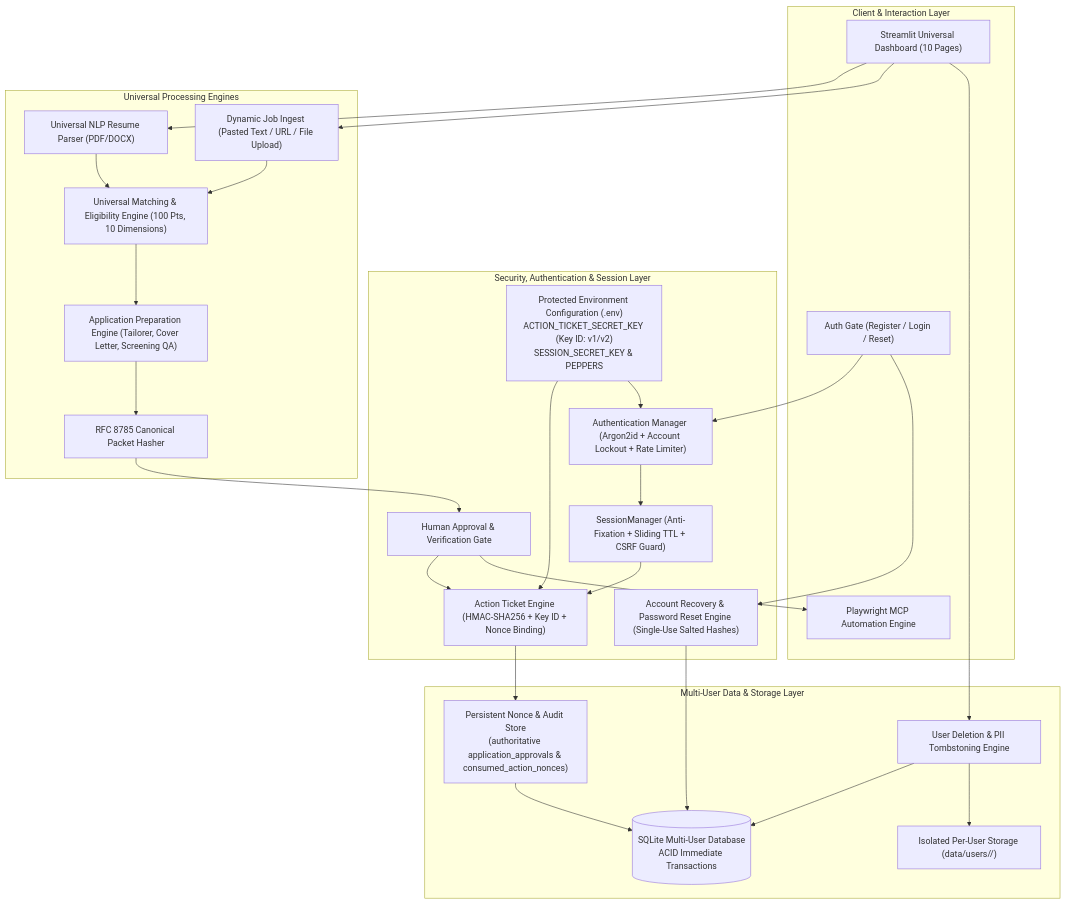
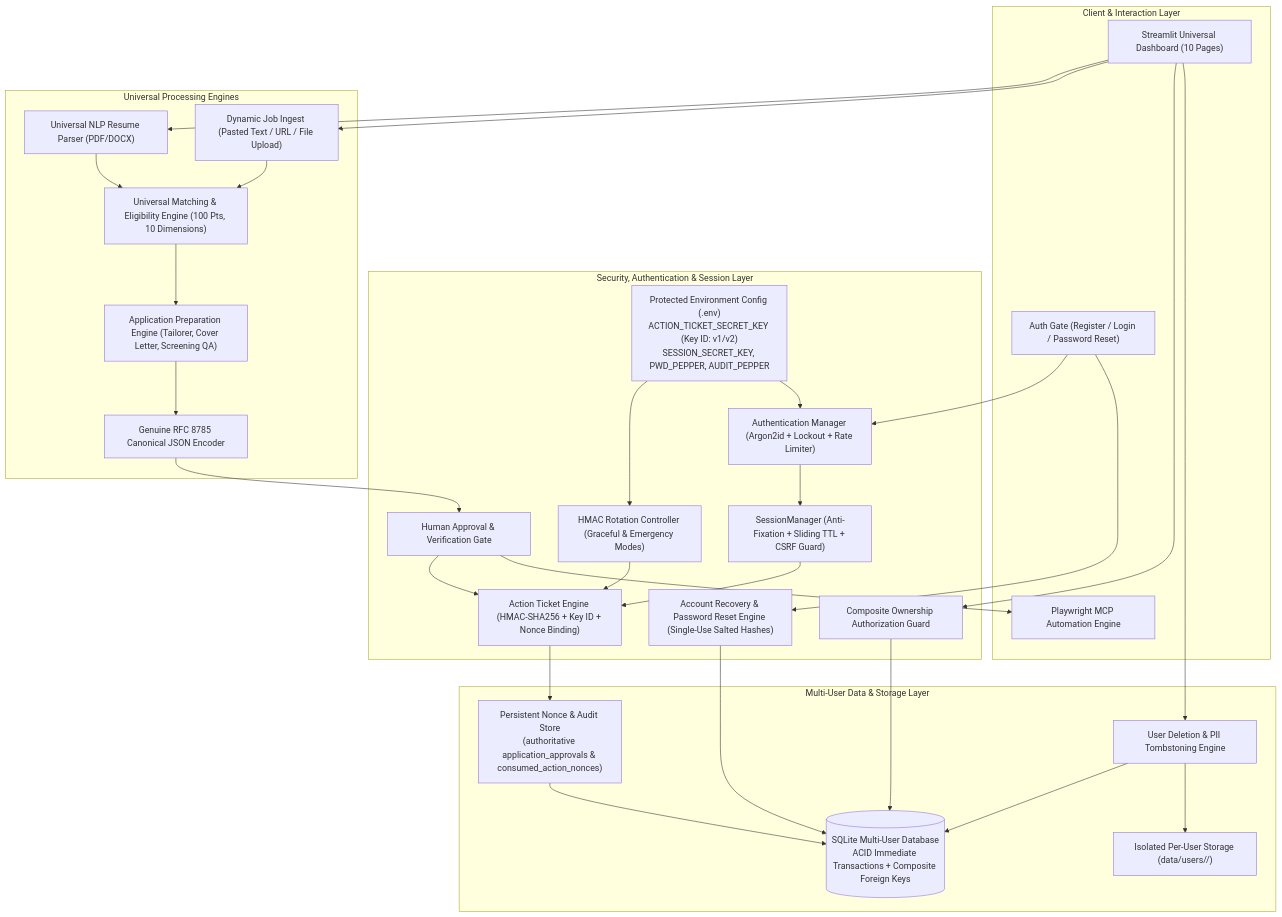
One commit to pranayagrawal2116/AI_Job_Application_Assistant changed the first of 5 diagrams in docs/UNIVERSAL_ARCHITECTURE_SPECIFICATION.md. Above: the diagram before and after it, drawn with Mermaid. The commit also changed other lines of this file and 3 other files, not shown here.

Commit message:
docs: refine v2.1 architecture security and database integrity

````diff
--- a/docs/UNIVERSAL_ARCHITECTURE_SPECIFICATION.md
+++ b/docs/UNIVERSAL_ARCHITECTURE_SPECIFICATION.md
@@ -28,57 +27,63 @@
 ```mermaid
 flowchart TD
     subgraph ClientLayer ["Client & Interaction Layer"]
         UI["Streamlit Universal Dashboard (10 Pages)"]
-        AUTH_UI["Auth Gate (Register / Login / Reset)"]
+        AUTH_UI["Auth Gate (Register / Login / Password Reset)"]
         BROWSER["Playwright MCP Automation Engine"]
     end
 
     subgraph SecurityLayer ["Security, Authentication & Session Layer"]
-        ENV_CONF["Protected Environment Configuration (.env)<br>ACTION_TICKET_SECRET_KEY (Key ID: v1/v2)<br>SESSION_SECRET_KEY & PEPPERS"]
-        AUTH["Authentication Manager (Argon2id + Account Lockout + Rate Limiter)"]
+        ENV_CONF["Protected Environment Config (.env)<br>ACTION_TICKET_SECRET_KEY (Key ID: v1/v2)<br>SESSION_SECRET_KEY, PWD_PEPPER, AUDIT_PEPPER"]
+        AUTH["Authentication Manager (Argon2id + Lockout + Rate Limiter)"]
         RECOVERY["Account Recovery & Password Reset Engine (Single-Use Salted Hashes)"]
         SESS["SessionManager (Anti-Fixation + Sliding TTL + CSRF Guard)"]
+        ROTATION["HMAC Rotation Controller (Graceful & Emergency Modes)"]
         TKT["Action Ticket Engine (HMAC-SHA256 + Key ID + Nonce Binding)"]
         GATE["Human Approval & Verification Gate"]
+        COMPOSITE_GUARD["Composite Ownership Authorization Guard"]
     end
 
     subgraph CoreEngines ["Universal Processing Engines"]
         RES_PARSE["Universal NLP Resume Parser (PDF/DOCX)"]
         JOB_INGEST["Dynamic Job Ingest (Pasted Text / URL / File Upload)"]
         UNIV_MATCH["Universal Matching & Eligibility Engine (100 Pts, 10 Dimensions)"]
         PREP_ENG["Application Preparation Engine (Tailorer, Cover Letter, Screening QA)"]
-        CANON_HASH["RFC 8785 Canonical Packet Hasher"]
+        RFC8785_JCS["Genuine RFC 8785 Canonical JSON Encoder"]
     end
 
     subgraph DataLayer ["Multi-User Data & Storage Layer"]
-        DB[(SQLite Multi-User Database<br>ACID Immediate Transactions)]
+        DB[(SQLite Multi-User Database<br>ACID Immediate Transactions + Composite Foreign Keys)]
         FS["Isolated Per-User Storage (data/users/<user_id>/)"]
         AUDIT_STORE["Persistent Nonce & Audit Store<br>(authoritative application_approvals & consumed_action_nonces)"]
         ERASURE["User Deletion & PII Tombstoning Engine"]
     end
 
     AUTH_UI --> AUTH
     AUTH_UI --> RECOVERY
     AUTH --> SESS
     RECOVERY --> DB
-    ENV_CONF --> TKT
+    ENV_CONF --> ROTATION
+    ROTATION --> TKT
     ENV_CONF --> AUTH
     SESS --> TKT
 
     UI --> RES_PARSE
     UI --> JOB_INGEST
     JOB_INGEST --> UNIV_MATCH
     RES_PARSE --> UNIV_MATCH
 
     UNIV_MATCH --> PREP_ENG
-    PREP_ENG --> CANON_HASH
-    CANON_HASH --> GATE
+    PREP_ENG --> RFC8785_JCS
+    RFC8785_JCS --> GATE
     GATE --> TKT
     TKT --> AUDIT_STORE
     AUDIT_STORE --> DB
     GATE --> BROWSER
 
+    UI --> COMPOSITE_GUARD
+    COMPOSITE_GUARD --> DB
+
     UI --> ERASURE
     ERASURE --> DB
     ERASURE --> FS
 ```
````
